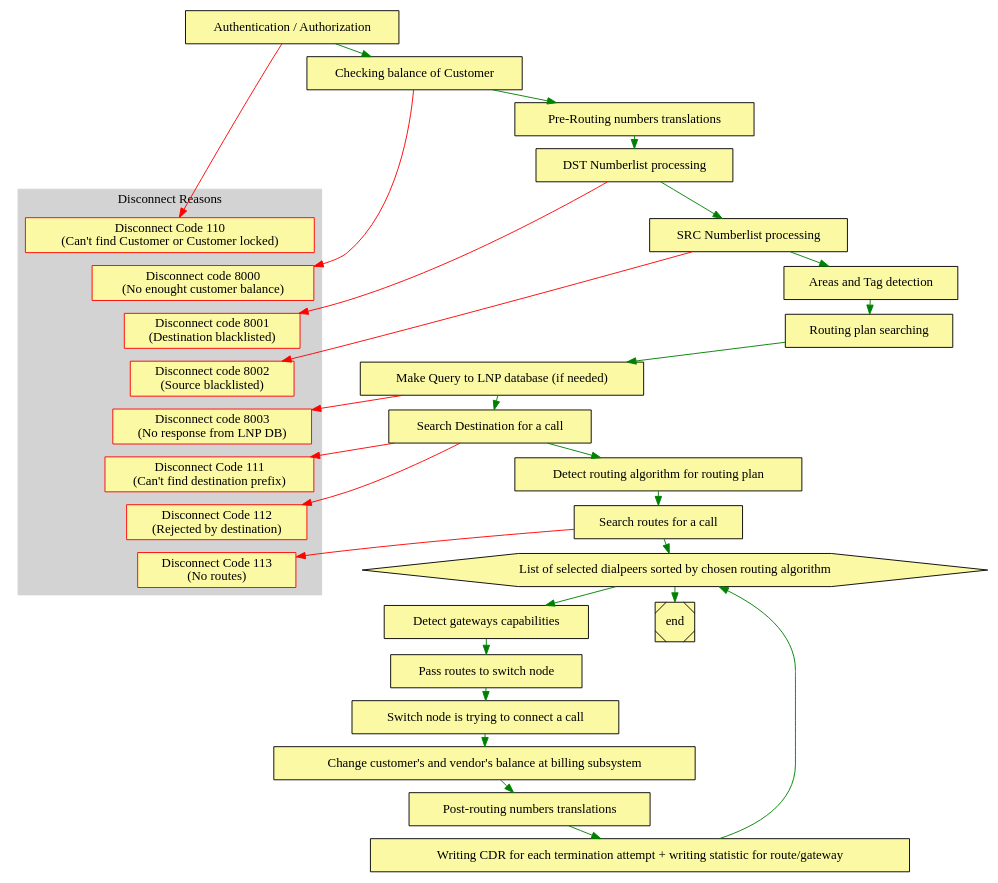
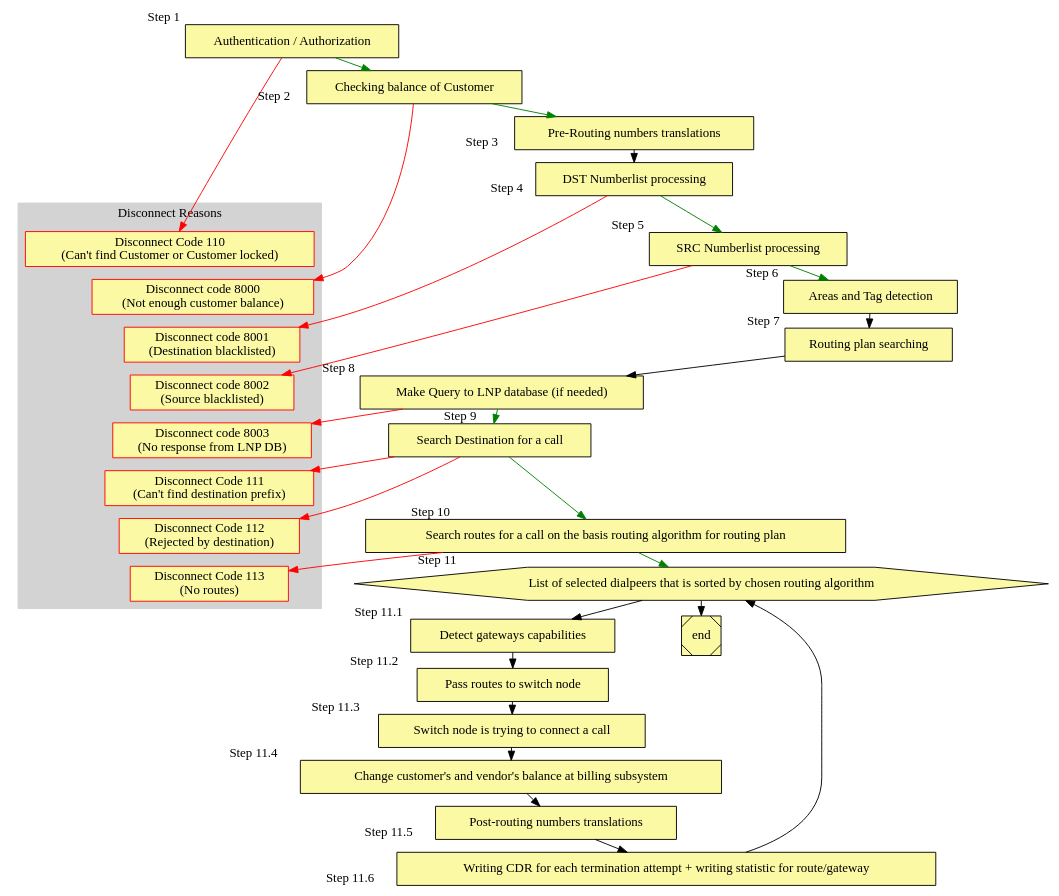
One commit to yeti-switch/doc changed the diagram in docs/en/graphviz/general.dot. Above: the diagram before and after it, drawn with Graphviz. The commit also changed 2 other files, not shown here.

```diff
--- a/docs/en/graphviz/general.dot
+++ b/docs/en/graphviz/general.dot
@@ -1,82 +1,80 @@
 digraph General {
 
     node [style=filled; fillcolor="#FCF9A5"];
     graph [nodesep=1, ranksep=0.2, mindist=0.5];
 
     subgraph cluster_DC {
         style=filled;
         color=lightgrey;
         node [style=filled,color=red];
 
         reason1 [label = "Disconnect Code 110 \n(Can't find Customer or Customer locked)"; shape=box; sides=4 ];
-        reason2 [label = "Disconnect code 8000 \n(No enought customer balance)"; shape=box; sides=4 ];
+        reason2 [label = "Disconnect code 8000 \n(Not enough customer balance)"; shape=box; sides=4 ];
         reason3 [label = "Disconnect code 8001 \n(Destination blacklisted)"; shape=box; sides=4 ];
         reason4 [label = "Disconnect code 8002 \n(Source blacklisted)"; shape=box; sides=4 ];
         reason5 [label = "Disconnect code 8003 \n(No response from LNP DB)"; shape=box; sides=4 ];
         reason6 [label = "Disconnect Code 111 \n(Can't find destination prefix)"; shape=box; sides=4 ];
         reason7 [label = "Disconnect Code 112 \n(Rejected by destination)"; shape=box; sides=4 ];
         reason8 [label = "Disconnect Code 113 \n(No routes)"; shape=box; sides=4 ];
 
         reason1->reason2 [style=invis];
         reason2->reason3 [style=invis];
         reason3->reason4 [style=invis];
         reason4->reason5 [style=invis];
         reason5->reason6 [style=invis];
         reason6->reason7 [style=invis];
         reason7->reason8 [style=invis];
         label = "Disconnect Reasons";
     }
 
 
-    block1 [label = "Authentication / Authorization"; shape=box; sides=4 ];
-    block2 [label = "Checking balance of Customer"; shape=box; sides=4 ];
-    block3 [label = "Pre-Routing numbers translations"; shape=box; sides=4 ];
-    block4 [label = "DST Numberlist processing"; shape=box; sides=4 ];
-    block5 [label = "SRC Numberlist processing"; shape=box; sides=4 ];
-    block6 [label = "Areas and Tag detection"; shape=box; sides=4 ];
-    block7 [label = "Routing plan searching"; shape=box; sides=4 ];
-    block8 [label = "Make Query to LNP database (if needed)"; shape=box; sides=4 ];
-    block9 [label = "Search Destination for a call"; shape=box; sides=4 ];
-    block10 [label = "Detect routing algorithm for routing plan"; shape=box; sides=4 ];
-    block11 [label = "Search routes for a call"; shape=box; sides=4 ];
+    block1 [label = "Authentication / Authorization"; xlabel = "Step 1"; shape=box; sides=4 ];
+    block2 [label = "Checking balance of Customer"; xlabel = "Step 2   "; shape=box; sides=4 ];
+    block3 [label = "Pre-Routing numbers translations"; xlabel = "Step 3   "; shape=box; sides=4 ];
+    block4 [label = "DST Numberlist processing"; xlabel = "Step 4  "; shape=box; sides=4 ];
+    block5 [label = "SRC Numberlist processing"; xlabel = "Step 5"; shape=box; sides=4 ];
+    block6 [label = "Areas and Tag detection"; xlabel = "Step 6"; shape=box; sides=4 ];
+    block7 [label = "Routing plan searching"; xlabel = "Step 7"; shape=box; sides=4 ];
+    block8 [label = "Make Query to LNP database (if needed)"; xlabel = "Step 8"; shape=box; sides=4 ];
+    block9 [label = "Search Destination for a call"; xlabel = "              Step 9"; shape=box; sides=4 ];
+    block10 [label = "Search routes for a call on the basis routing algorithm for routing plan"; xlabel = "           Step 10"; shape=box; sides=4 ];
 
-    block12 [label = "List of selected dialpeers sorted by chosen routing algorithm"; shape=hexagon];
-    block13 [label = "Detect gateways capabilities"; shape=box; sides=4 ];
-    block14 [label = "Pass routes to switch node"; shape=box; sides=4 ];
-    block15 [label = "Switch node is trying to connect a call"; shape=box; sides=4 ];
-    block16 [label = "Change customer's and vendor's balance at billing subsystem"; shape=box; sides=4 ];
-    block17 [label = "Post-routing numbers translations"; shape=box; sides=4 ];
-    block18 [label = "Writing CDR for each termination attempt + writing statistic for route/gateway"; shape=box; sides=4 ];
+    block11 [label = "List of selected dialpeers that is sorted by chosen routing algorithm"; xlabel = "                Step 11"; shape=hexagon];
+    block12 [label = "Detect gateways capabilities"; xlabel = "Step 11.1"; shape=box; sides=4 ];
+    block13 [label = "Pass routes to switch node"; xlabel = "Step 11.2   "; shape=box; sides=4 ];
+    block14 [label = "Switch node is trying to connect a call"; xlabel = "Step 11.3   "; shape=box; sides=4 ];
+    block15 [label = "Change customer's and vendor's balance at billing subsystem"; xlabel = "Step 11.4    "; shape=box; sides=4 ];
+    block16 [label = "Post-routing numbers translations"; xlabel = "Step 11.5    "; shape=box; sides=4 ];
+    block17 [label = "Writing CDR for each termination attempt + writing statistic for route/gateway"; xlabel = "Step 11.6    "; shape=box; sides=4 ];
     end [shape=Msquare];
 
     block1 -> block2 [color=green];
     block1 -> reason1 [color=red];
 
     block2 -> block3 [color=green];
     block2 -> reason2 [color=red];
-    block3 -> block4 [color=green];
+    block3 -> block4 [color=black];
     block4 -> block5 [color=green];
     block4 -> reason3 [color=red];
     block5 -> block6 [color=green];
     block5 -> reason4 [color=red];
-    block6 -> block7 [color=green];
-    block7 -> block8 [color=green];
+    block6 -> block7 [color=black];
+    block7 -> block8 [color=black];
     block8 -> block9 [color=green];
     block8 -> reason5 [color=red];
     block9 -> block10 [color=green];
     block9 -> reason6 [color=red];
     block9 -> reason7 [color=red];
     block10 -> block11 [color=green];
-    block11 -> block12 [color=green];
-    block11 -> reason8 [color=red];
-    block12 -> block13 [color=green];
-    block13 -> block14 [color=green];
-    block14 -> block15 [color=green];
-    block15 -> block16 [color=green];
-    block16 -> block17 [color=green];
-    block17 -> block18 [color=green];
-    block18 -> block12 [color=green];
-    block12 -> end [color=green];
+    block10 -> reason8 [color=red];
+    block11 -> block12 [color=black];
+    block12 -> block13 [color=black];
+    block13 -> block14 [color=black];
+    block14 -> block15 [color=black];
+    block15 -> block16 [color=black];
+    block16 -> block17 [color=black];
+    block17 -> block11 [color=black];
+    block11 -> end [color=black];
 
 
 }
```
